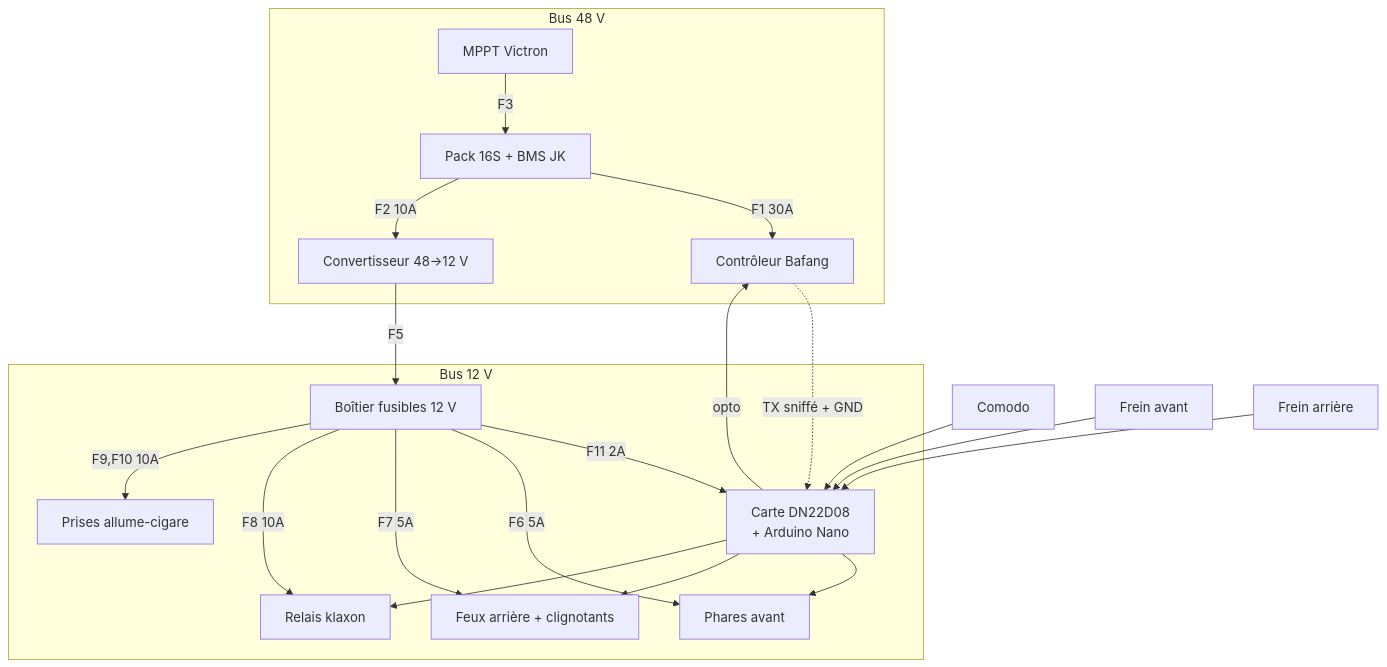
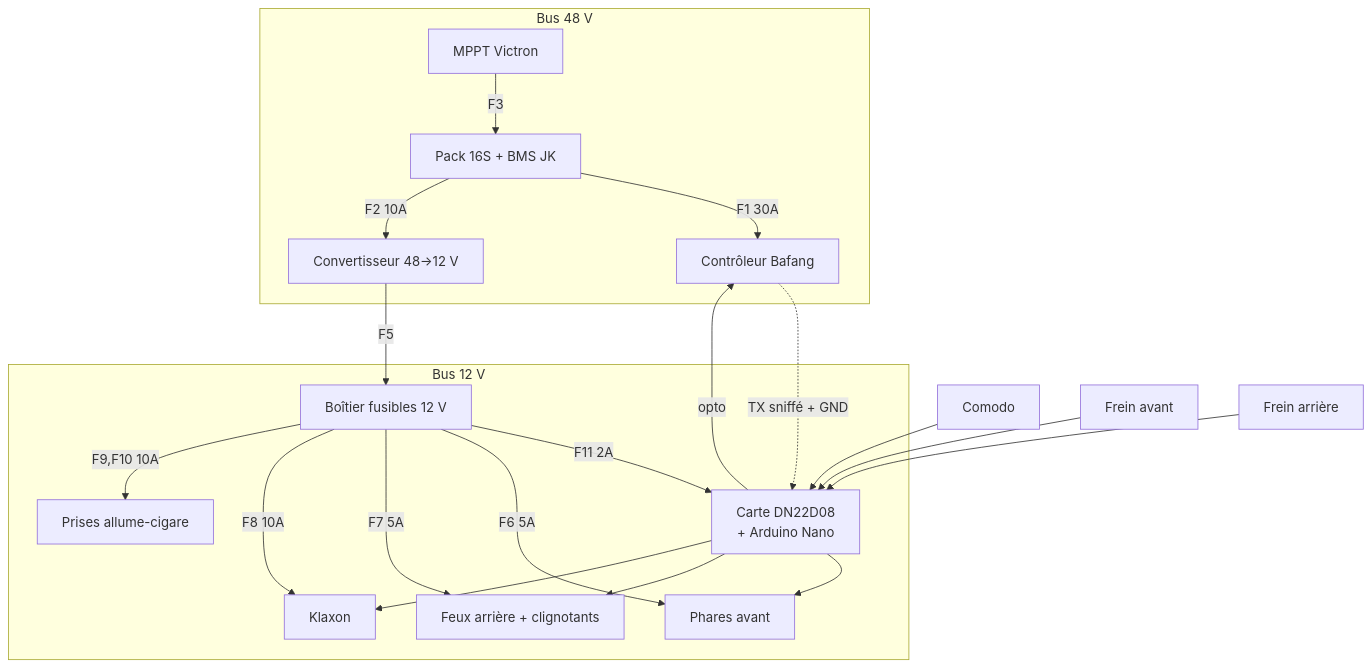
One commit to darkone-linux/vhelio-arduino changed the diagram in hardware/cablage.md. Above: the diagram before and after it, drawn with Mermaid. The commit also changed other lines of this file and 28 other files, not shown here.

````diff
--- a/hardware/cablage.md
+++ b/hardware/cablage.md
@@ -8,24 +8,24 @@
 ```mermaid
 flowchart TB
   subgraph HT["Bus 48 V"]
     PACK[Pack 16S + BMS JK] -->|F1 30A| CTRL[Contrôleur Bafang]
     PACK -->|F2 10A| CONV[Convertisseur 48→12 V]
     MPPT[MPPT Victron] -->|F3| PACK
   end
   subgraph BT["Bus 12 V"]
     CONV -->|F5| FB[Boîtier fusibles 12 V]
     FB -->|F11 2A| DN[Carte DN22D08<br/>+ Arduino Nano]
     FB -->|F6 5A| AV[Phares avant]
     FB -->|F7 5A| AR[Feux arrière + clignotants]
-    FB -->|F8 10A| K1[Relais klaxon]
+    FB -->|F8 10A| KL[Klaxon]
     FB -->|F9,F10 10A| AC[Prises allume-cigare]
   end
   COM[Comodo] --> DN
   FRA[Frein avant] --> DN
   FRR[Frein arrière] --> DN
   DN --> AV
   DN --> AR
-  DN --> K1
+  DN --> KL
   DN -->|opto| CTRL
   CTRL -.->|TX sniffé + GND| DN
 ```
````
